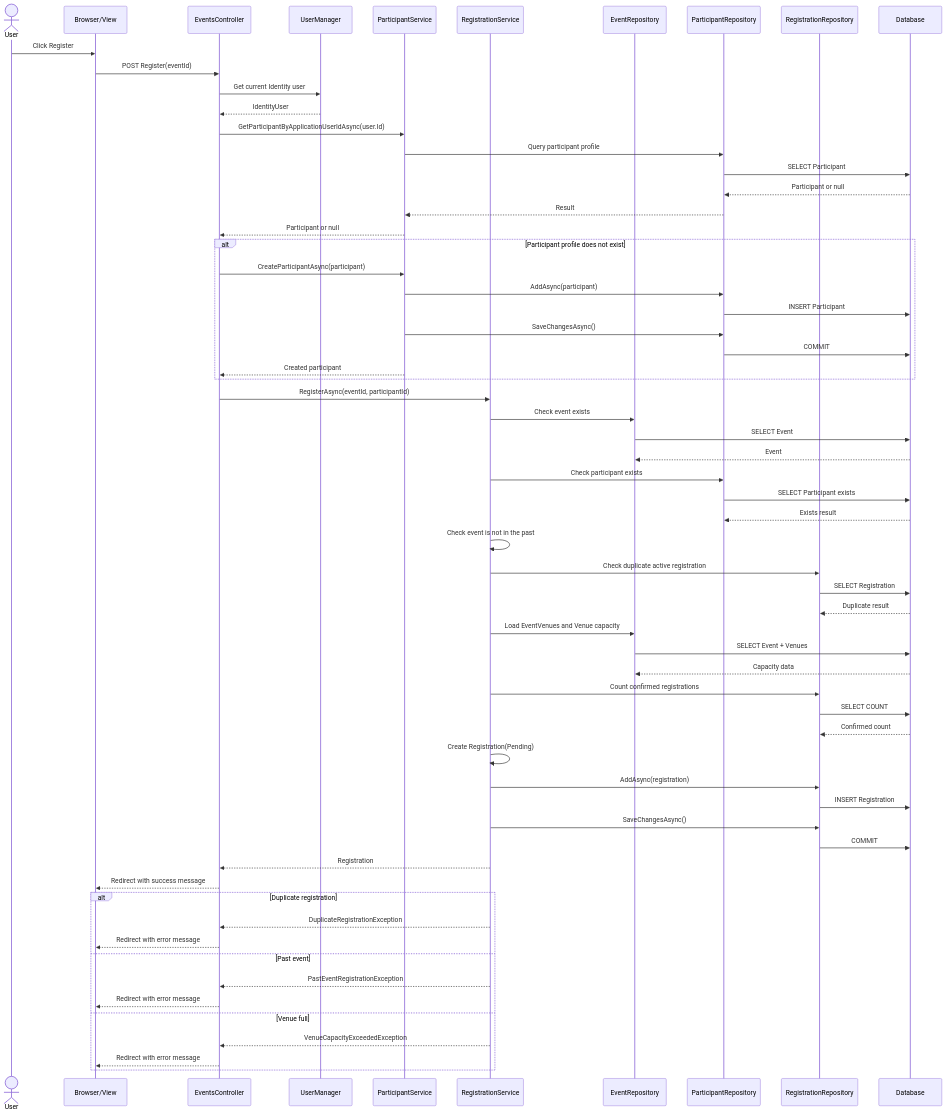
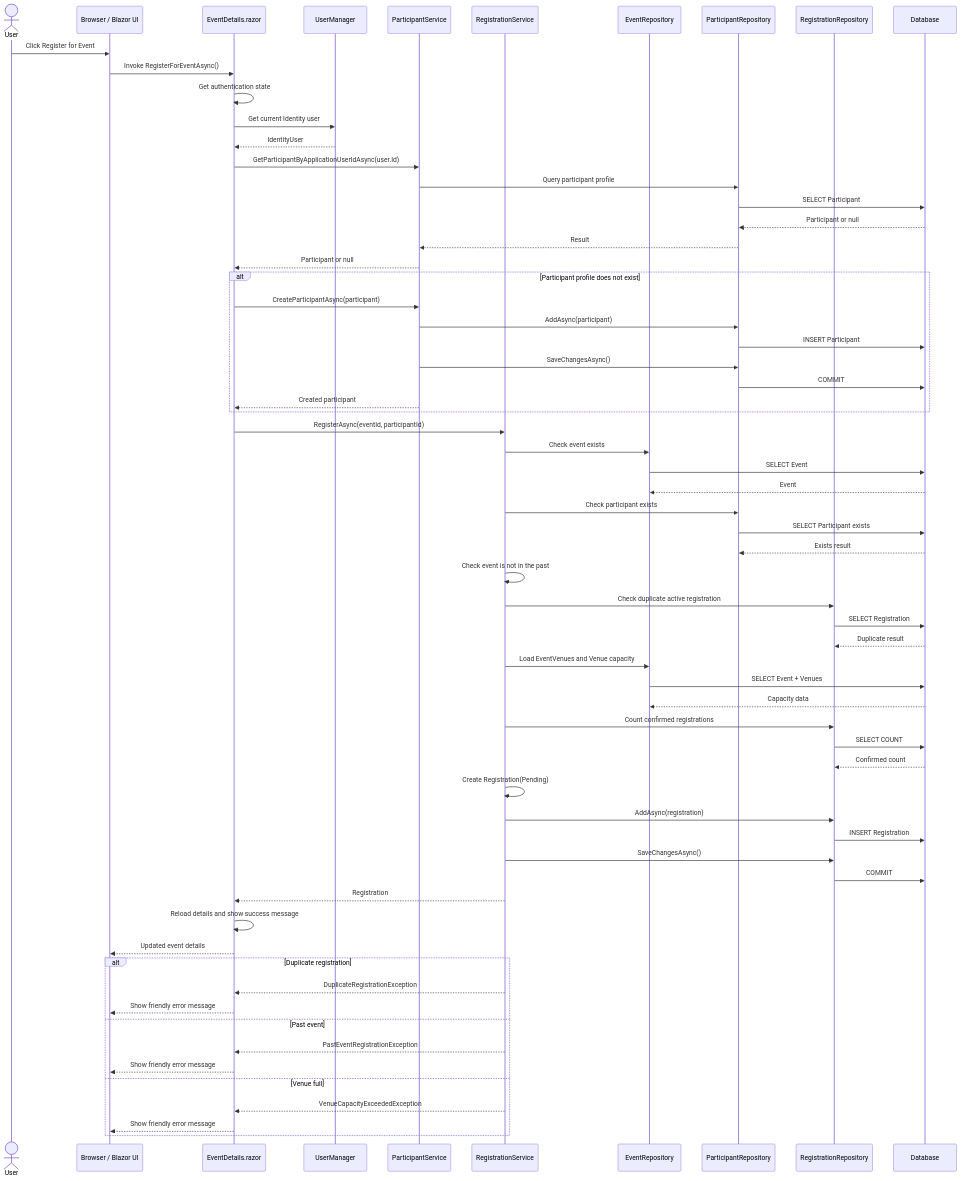
The diagram in Documentation/UML/Diagrams/sequence-register-event.mmd (FerojTamang/CET254_EventManager_Blazor), drawn with Mermaid before and after one commit. The commit also changed 5 other files, not shown here.

```diff
--- a/Documentation/UML/Diagrams/sequence-register-event.mmd
+++ b/Documentation/UML/Diagrams/sequence-register-event.mmd
@@ -1,74 +1,76 @@
 %% Community Event Management System - Register for Event Sequence
 sequenceDiagram
     actor User
-    participant Browser as Browser/View
-    participant Controller as EventsController
+    participant Browser as Browser / Blazor UI
+    participant Component as EventDetails.razor
     participant UserManager
     participant ParticipantService
     participant RegistrationService
     participant EventRepository
     participant ParticipantRepository
     participant RegistrationRepository
     participant Database
 
-    User->>Browser: Click Register
-    Browser->>Controller: POST Register(eventId)
-    Controller->>UserManager: Get current Identity user
-    UserManager-->>Controller: IdentityUser
+    User->>Browser: Click Register for Event
+    Browser->>Component: Invoke RegisterForEventAsync()
+    Component->>Component: Get authentication state
+    Component->>UserManager: Get current Identity user
+    UserManager-->>Component: IdentityUser
 
-    Controller->>ParticipantService: GetParticipantByApplicationUserIdAsync(user.Id)
+    Component->>ParticipantService: GetParticipantByApplicationUserIdAsync(user.Id)
     ParticipantService->>ParticipantRepository: Query participant profile
     ParticipantRepository->>Database: SELECT Participant
     Database-->>ParticipantRepository: Participant or null
     ParticipantRepository-->>ParticipantService: Result
-    ParticipantService-->>Controller: Participant or null
+    ParticipantService-->>Component: Participant or null
 
     alt Participant profile does not exist
-        Controller->>ParticipantService: CreateParticipantAsync(participant)
+        Component->>ParticipantService: CreateParticipantAsync(participant)
         ParticipantService->>ParticipantRepository: AddAsync(participant)
         ParticipantRepository->>Database: INSERT Participant
         ParticipantService->>ParticipantRepository: SaveChangesAsync()
         ParticipantRepository->>Database: COMMIT
-        ParticipantService-->>Controller: Created participant
+        ParticipantService-->>Component: Created participant
     end
 
-    Controller->>RegistrationService: RegisterAsync(eventId, participantId)
+    Component->>RegistrationService: RegisterAsync(eventId, participantId)
     RegistrationService->>EventRepository: Check event exists
     EventRepository->>Database: SELECT Event
     Database-->>EventRepository: Event
 
     RegistrationService->>ParticipantRepository: Check participant exists
     ParticipantRepository->>Database: SELECT Participant exists
     Database-->>ParticipantRepository: Exists result
 
     RegistrationService->>RegistrationService: Check event is not in the past
     RegistrationService->>RegistrationRepository: Check duplicate active registration
     RegistrationRepository->>Database: SELECT Registration
     Database-->>RegistrationRepository: Duplicate result
 
     RegistrationService->>EventRepository: Load EventVenues and Venue capacity
     EventRepository->>Database: SELECT Event + Venues
     Database-->>EventRepository: Capacity data
 
     RegistrationService->>RegistrationRepository: Count confirmed registrations
     RegistrationRepository->>Database: SELECT COUNT
     Database-->>RegistrationRepository: Confirmed count
 
     RegistrationService->>RegistrationService: Create Registration(Pending)
     RegistrationService->>RegistrationRepository: AddAsync(registration)
     RegistrationRepository->>Database: INSERT Registration
     RegistrationService->>RegistrationRepository: SaveChangesAsync()
     RegistrationRepository->>Database: COMMIT
-    RegistrationService-->>Controller: Registration
-    Controller-->>Browser: Redirect with success message
+    RegistrationService-->>Component: Registration
+    Component->>Component: Reload details and show success message
+    Component-->>Browser: Updated event details
 
     alt Duplicate registration
-        RegistrationService-->>Controller: DuplicateRegistrationException
-        Controller-->>Browser: Redirect with error message
+        RegistrationService-->>Component: DuplicateRegistrationException
+        Component-->>Browser: Show friendly error message
     else Past event
-        RegistrationService-->>Controller: PastEventRegistrationException
-        Controller-->>Browser: Redirect with error message
+        RegistrationService-->>Component: PastEventRegistrationException
+        Component-->>Browser: Show friendly error message
     else Venue full
-        RegistrationService-->>Controller: VenueCapacityExceededException
-        Controller-->>Browser: Redirect with error message
+        RegistrationService-->>Component: VenueCapacityExceededException
+        Component-->>Browser: Show friendly error message
     end
```
